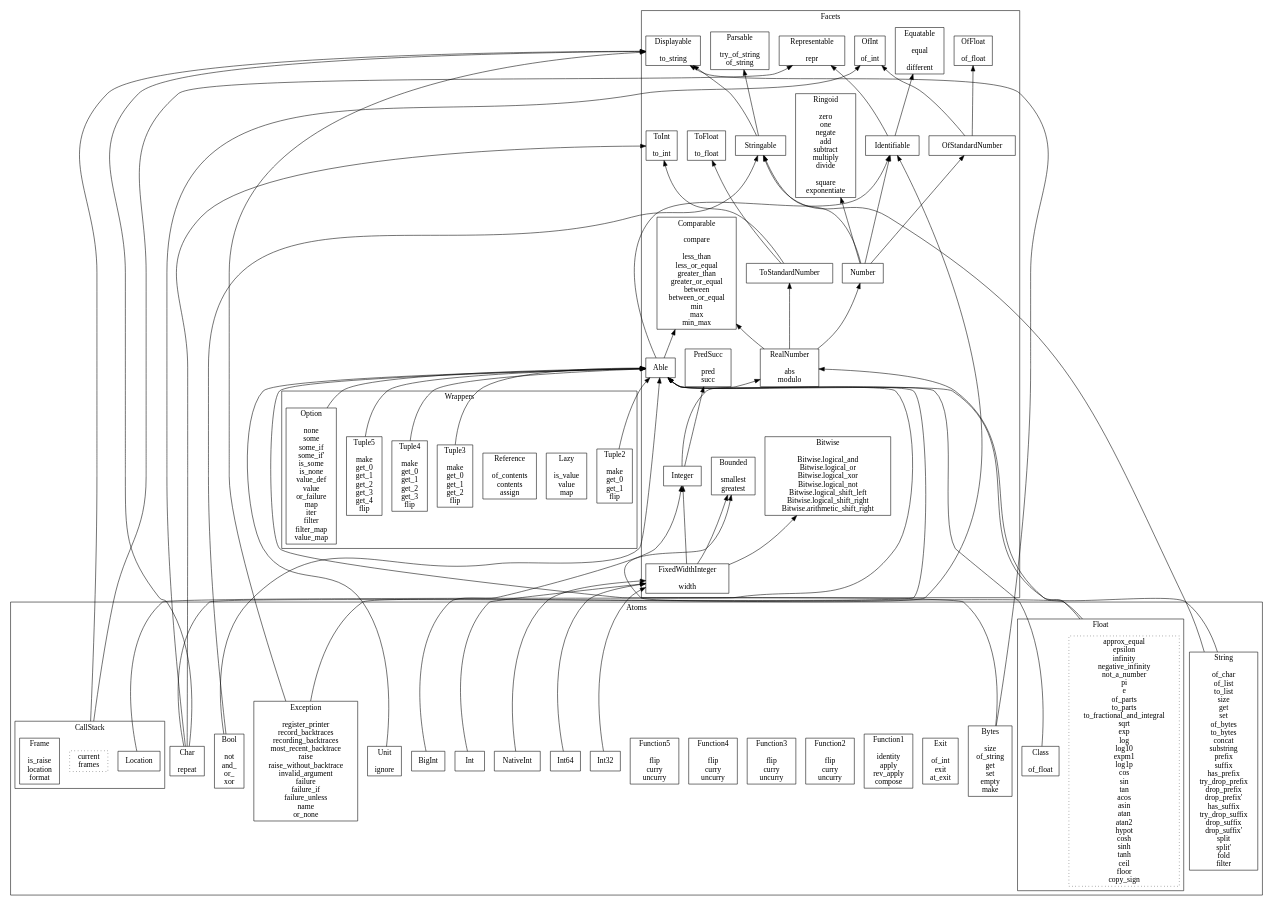
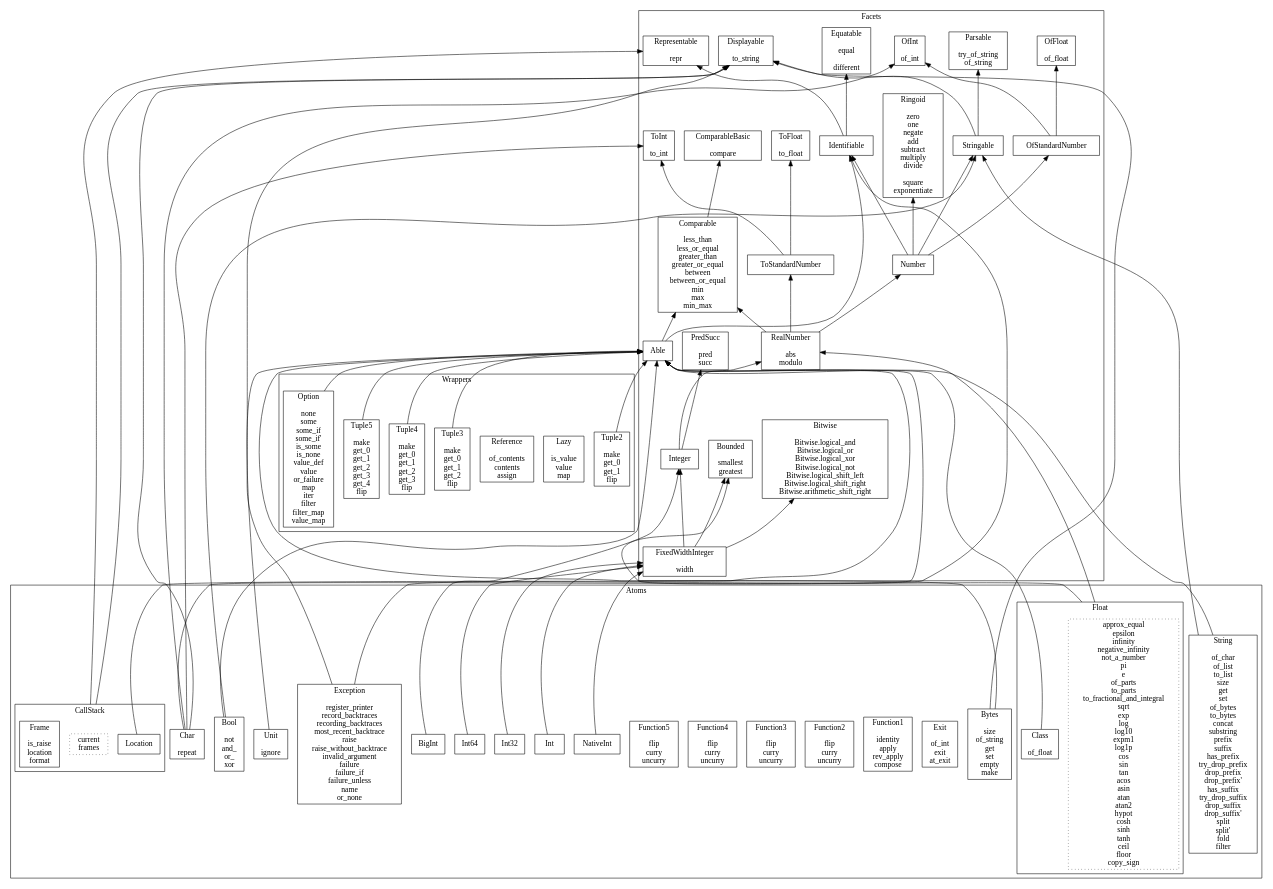
One commit to jacquev6/General changed the diagram in doc/Facets.dot. Above: the diagram before and after it, drawn with Graphviz. The commit also changed 14 other files, not shown here.

Commit message:
Extract facet ComparableBasic from Comparable

```diff
--- a/doc/Facets.dot
+++ b/doc/Facets.dot
@@ -1,127 +1,129 @@
 digraph {
   compound=true
   rankdir="BT"
   node [shape="box"]
   subgraph cluster_Facets {
     label="Facets"
     labelloc="b"
     representable [label="Representable\n\nrepr"]
     equatable [label="Equatable\n\nequal\n\ndifferent"]
     displayable [label="Displayable\n\nto_string"]
     parsable [label="Parsable\n\ntry_of_string\nof_string"]
-    comparable [label="Comparable\n\ncompare\n\nless_than\nless_or_equal\ngreater_than\ngreater_or_equal\nbetween\nbetween_or_equal\nmin\nmax\nmin_max"]
+    comparablebasic [label="ComparableBasic\n\ncompare"]
+    comparable [label="Comparable\n\nless_than\nless_or_equal\ngreater_than\ngreater_or_equal\nbetween\nbetween_or_equal\nmin\nmax\nmin_max"]
     ringoid [label="Ringoid\n\nzero\none\nnegate\nadd\nsubtract\nmultiply\ndivide\n\nsquare\nexponentiate"]
     ofint [label="OfInt\n\nof_int"]
     toint [label="ToInt\n\nto_int"]
     offloat [label="OfFloat\n\nof_float"]
     tofloat [label="ToFloat\n\nto_float"]
     predsucc [label="PredSucc\n\npred\nsucc"]
     bounded [label="Bounded\n\nsmallest\ngreatest"]
     bitwise [label="Bitwise\n\nBitwise.logical_and\nBitwise.logical_or\nBitwise.logical_xor\nBitwise.logical_not\nBitwise.logical_shift_left\nBitwise.logical_shift_right\nBitwise.arithmetic_shift_right"]
     identifiable [label="Identifiable"]
     able [label="Able"]
     stringable [label="Stringable"]
     ofstandardnumber [label="OfStandardNumber"]
     number [label="Number"]
     tostandardnumber [label="ToStandardNumber"]
     realnumber [label="RealNumber\n\nabs\nmodulo"]
     integer [label="Integer"]
     fixedwidthinteger [label="FixedWidthInteger\n\nwidth"]
   }
   subgraph cluster_Atoms {
     label="Atoms"
     labelloc="b"
     subgraph cluster_CallStack {
       label="CallStack"
       labelloc="b"
       callstack [style="dotted",label="current\nframes"]
       location [label="Location"]
       frame [label="Frame\n\nis_raise\nlocation\nformat"]
     }
     exception [label="Exception\n\nregister_printer\nrecord_backtraces\nrecording_backtraces\nmost_recent_backtrace\nraise\nraise_without_backtrace\ninvalid_argument\nfailure\nfailure_if\nfailure_unless\nname\nor_none"]
     exit [label="Exit\n\nof_int\nexit\nat_exit"]
     function1 [label="Function1\n\nidentity\napply\nrev_apply\ncompose"]
     function2 [label="Function2\n\nflip\ncurry\nuncurry"]
     function3 [label="Function3\n\nflip\ncurry\nuncurry"]
     function4 [label="Function4\n\nflip\ncurry\nuncurry"]
     function5 [label="Function5\n\nflip\ncurry\nuncurry"]
     unit [label="Unit\n\nignore"]
     bool [label="Bool\n\nnot\nand_\nor_\nxor"]
     char [label="Char\n\nrepeat"]
     int [label="Int"]
     int32 [label="Int32"]
     int64 [label="Int64"]
     nativeint [label="NativeInt"]
     bigint [label="BigInt"]
     subgraph cluster_Float {
       label="Float"
       labelloc="b"
       float [style="dotted",label="approx_equal\nepsilon\ninfinity\nnegative_infinity\nnot_a_number\npi\ne\nof_parts\nto_parts\nto_fractional_and_integral\nsqrt\nexp\nlog\nlog10\nexpm1\nlog1p\ncos\nsin\ntan\nacos\nasin\natan\natan2\nhypot\ncosh\nsinh\ntanh\nceil\nfloor\ncopy_sign"]
       float_class [label="Class\n\nof_float"]
     }
     string [label="String\n\nof_char\nof_list\nto_list\nsize\nget\nset\nof_bytes\nto_bytes\nconcat\nsubstring\nprefix\nsuffix\nhas_prefix\ntry_drop_prefix\ndrop_prefix\ndrop_prefix'\nhas_suffix\ntry_drop_suffix\ndrop_suffix\ndrop_suffix'\nsplit\nsplit'\nfold\nfilter"]
     bytes [label="Bytes\n\nsize\nof_string\nget\nset\nempty\nmake"]
   }
   subgraph cluster_Wrappers {
     label="Wrappers"
     labelloc="b"
     option [label="Option\n\nnone\nsome\nsome_if\nsome_if'\nis_some\nis_none\nvalue_def\nvalue\nor_failure\nmap\niter\nfilter\nfilter_map\nvalue_map"]
     lazy [label="Lazy\n\nis_value\nvalue\nmap"]
     reference [label="Reference\n\nof_contents\ncontents\nassign"]
     tuple2 [label="Tuple2\n\nmake\nget_0\nget_1\nflip"]
     tuple3 [label="Tuple3\n\nmake\nget_0\nget_1\nget_2\nflip"]
     tuple4 [label="Tuple4\n\nmake\nget_0\nget_1\nget_2\nget_3\nflip"]
     tuple5 [label="Tuple5\n\nmake\nget_0\nget_1\nget_2\nget_3\nget_4\nflip"]
   }
+  comparable -> comparablebasic
   identifiable -> equatable
   identifiable -> representable
   able -> identifiable
   able -> comparable
   stringable -> displayable
   stringable -> parsable
   ofstandardnumber -> ofint
   ofstandardnumber -> offloat
   number -> identifiable
   number -> stringable
   number -> ringoid
   number -> ofstandardnumber
   tostandardnumber -> toint
   tostandardnumber -> tofloat
   realnumber -> number
   realnumber -> comparable
   realnumber -> tostandardnumber
   integer -> realnumber
   integer -> predsucc
   fixedwidthinteger -> integer
   fixedwidthinteger -> bounded
   fixedwidthinteger -> bitwise
   callstack -> displayable [ltail="cluster_CallStack"]
   callstack -> representable [ltail="cluster_CallStack"]
   location -> able
   exception -> identifiable
   exception -> displayable
   unit -> able
   bool -> able
   bool -> stringable
   char -> able
   char -> displayable
   char -> ofint
   char -> toint
   int -> fixedwidthinteger
   int32 -> fixedwidthinteger
   int64 -> fixedwidthinteger
   nativeint -> fixedwidthinteger
   bigint -> integer
   float -> realnumber [ltail="cluster_Float"]
   float -> bounded [ltail="cluster_Float"]
   float_class -> able
   string -> able
   string -> stringable
   bytes -> able
   bytes -> displayable
   option -> able
   tuple2 -> able
   tuple3 -> able
   tuple4 -> able
   tuple5 -> able
 }
```
